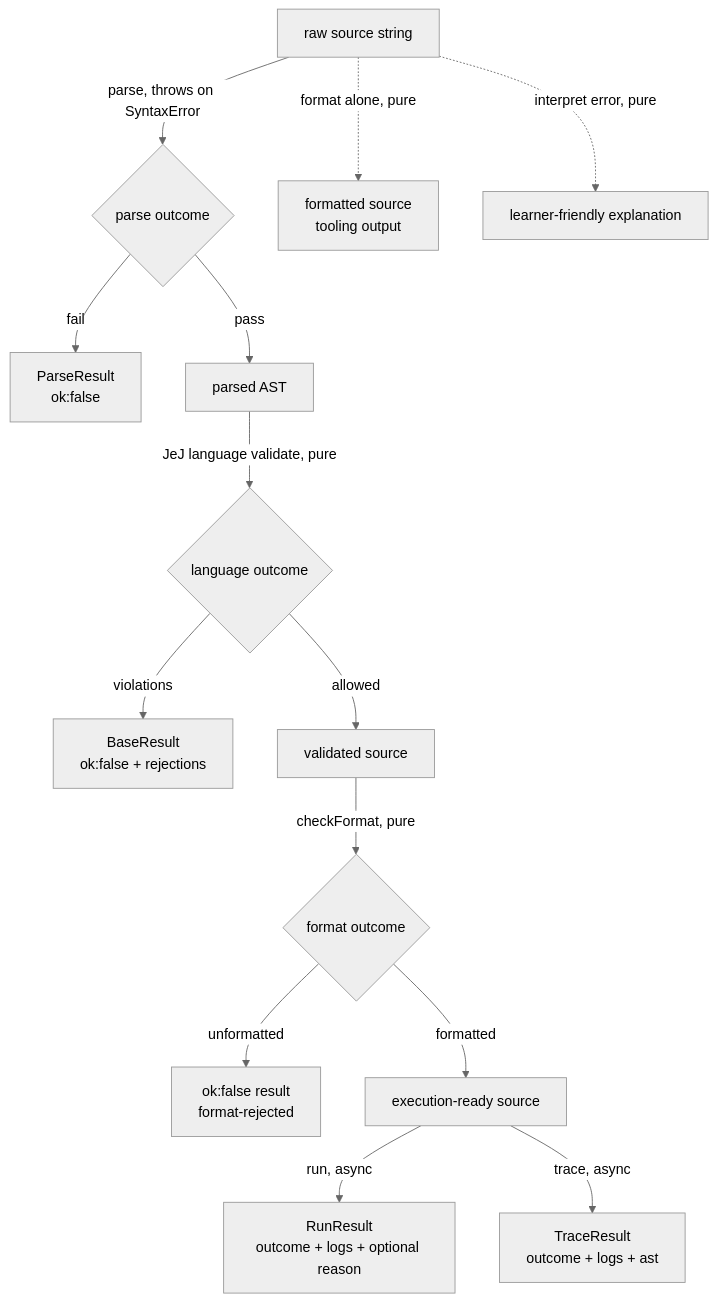
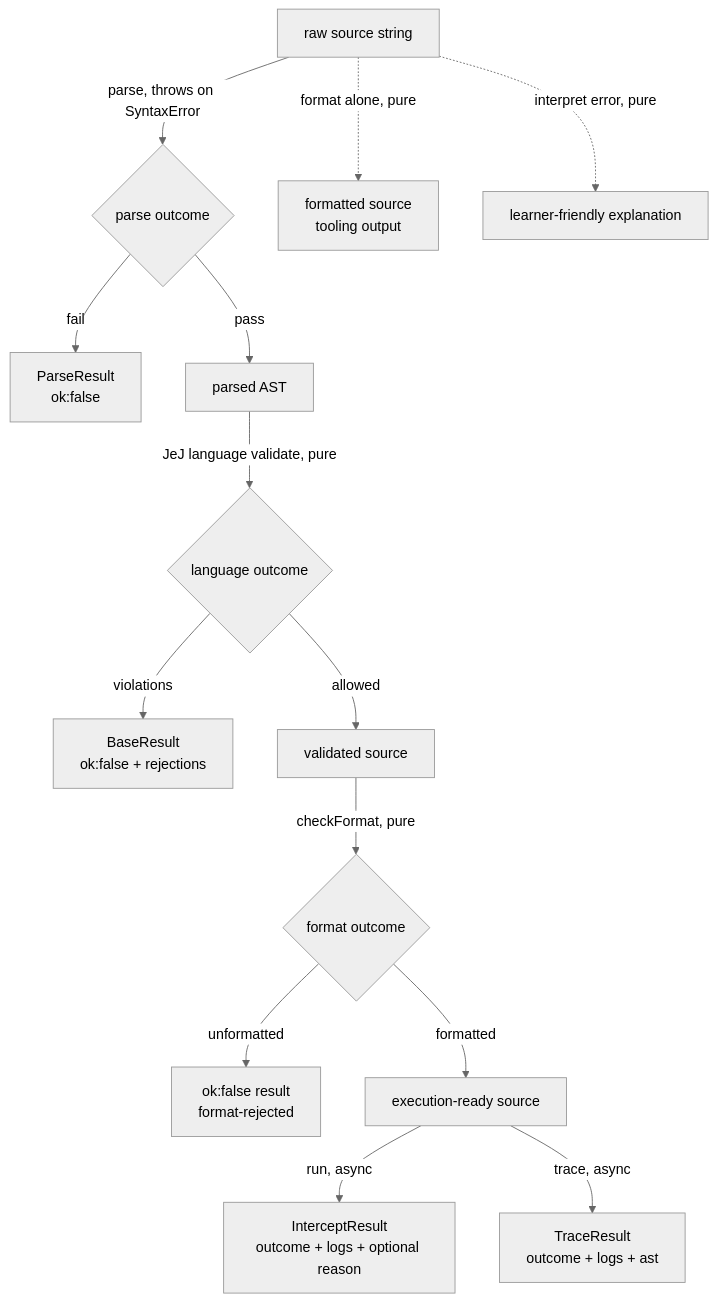
One commit to codeschoolinabox/curricula changed the diagram in src/lib/welcome-to-programming/just-enough/javascript/DOCS.md. Above: the diagram before and after it, drawn with Mermaid (neutral theme). The commit also changed other lines of this file and 39 other files, not shown here.

First line of the commit message:
refactor: rename run engine to intercept (free run/ slot for trapless engine)

````diff
--- a/src/lib/welcome-to-programming/just-enough/javascript/DOCS.md
+++ b/src/lib/welcome-to-programming/just-enough/javascript/DOCS.md
@@ -8,16 +8,16 @@
 ```mermaid
 flowchart TD
     A[raw source string] -->|parse, throws on SyntaxError| B{parse outcome}
     B -->|fail| RP[ParseResult<br/>ok:false]
     B -->|pass| C[parsed AST]
     C -->|JeJ language validate, pure| D{language outcome}
     D -->|violations| RV[BaseResult<br/>ok:false + rejections]
     D -->|allowed| E[validated source]
     E -->|checkFormat, pure| F{format outcome}
     F -->|unformatted| RF[ok:false result<br/>format-rejected]
     F -->|formatted| G[execution-ready source]
-    G -->|run, async| H[RunResult<br/>outcome + logs + optional reason]
+    G -->|run, async| H[InterceptResult<br/>outcome + logs + optional reason]
     G -->|trace, async| I[TraceResult<br/>outcome + logs + ast]
     A -.->|format alone, pure| FM[formatted source<br/>tooling output]
     A -.->|interpret error, pure| EI[learner-friendly explanation]
 ```
````
